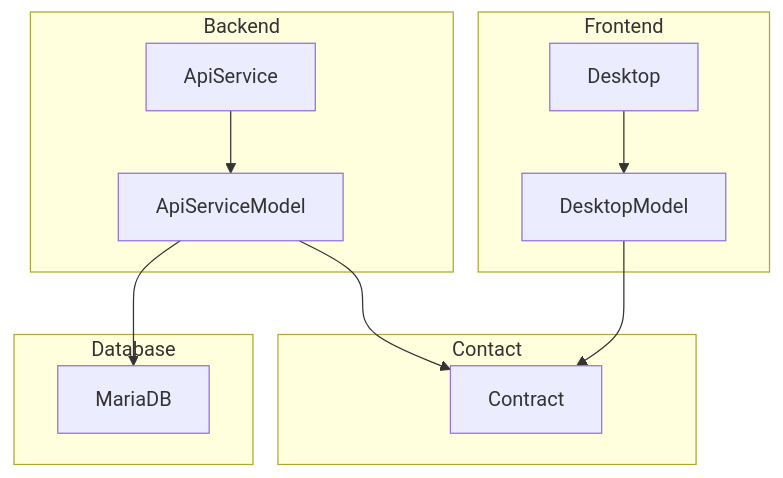
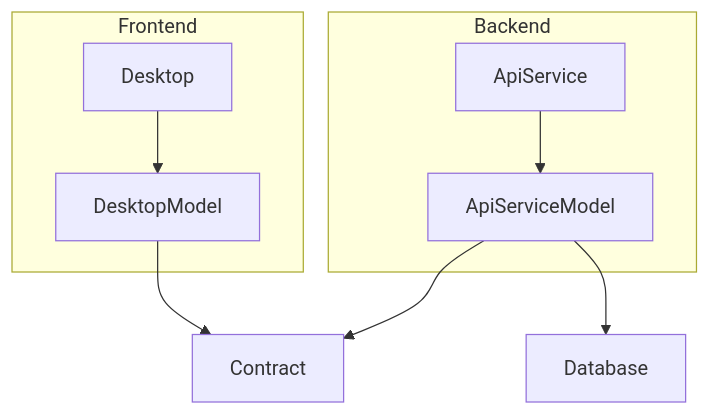
One commit to remcat-lab/platform changed the diagram in 000. Abstracts/ProjectArchitect.md. Above: the diagram before and after it, drawn with Mermaid.

Commit message:
Contract와 Database를 Group 제거

````diff
--- a/000. Abstracts/ProjectArchitect.md
+++ b/000. Abstracts/ProjectArchitect.md
@@ -29,38 +29,34 @@
 ```mermaid
 graph TD
 
     %% Frontend Group
     subgraph Frontend
         Desktop
         DesktopModel
     end
 
     %% Backend Group
     subgraph Backend
         ApiService
         ApiServiceModel
     end
 
-    %% Contract Group
-    subgraph Contact
-        Contract
-    end
-
-    %% Database Group
-    subgraph Database
-        MariaDB
-    end
+    Contract
+   
+   
+        Database
+   
 
     %% 참조 구조
     Desktop --> DesktopModel
     
     DesktopModel --> Contract
 
     
     ApiService --> ApiServiceModel
     ApiServiceModel --> Contract
-    ApiServiceModel --> MariaDB
+    ApiServiceModel --> Database
 
     
 
 ```
````
